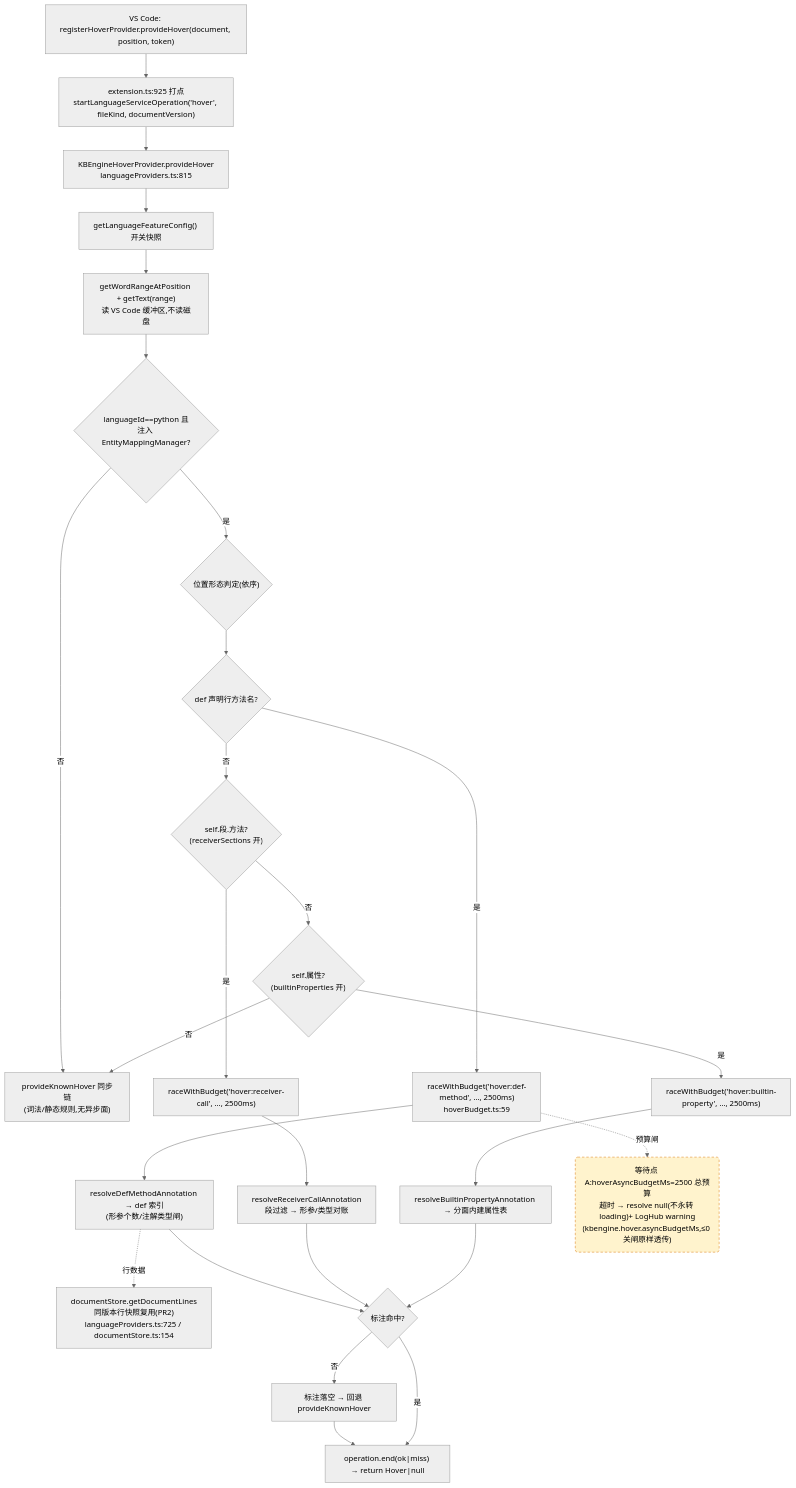
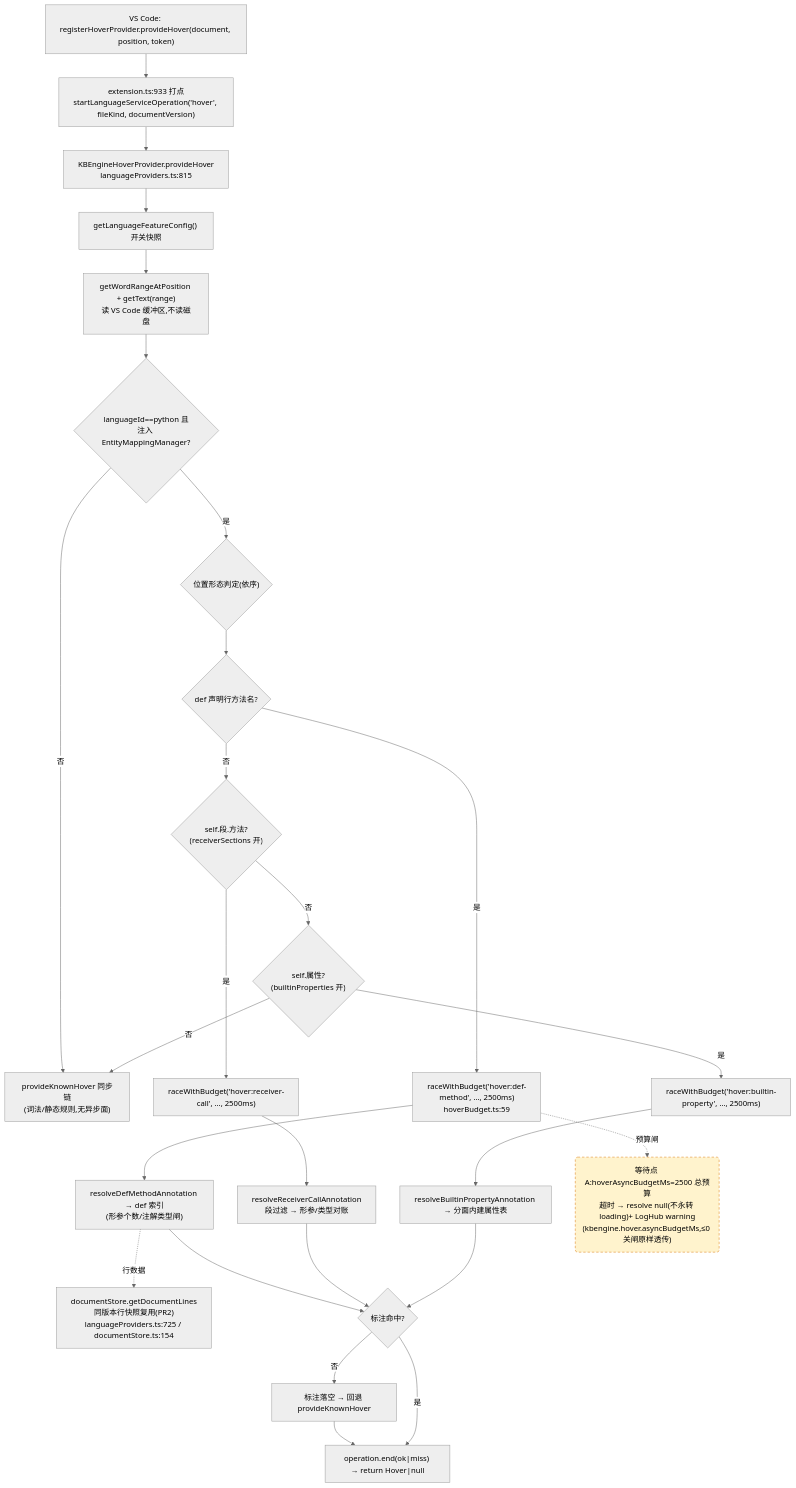
Before and after one commit to cuihairu/kode: the first of 4 diagrams in docs/perf/2026-baseline.md, drawn with Mermaid (neutral theme). The commit also changed other lines of this file and 12 other files, not shown here.

````diff
--- a/docs/perf/2026-baseline.md
+++ b/docs/perf/2026-baseline.md
@@ -82,45 +82,45 @@
 ```mermaid
 flowchart TD
   VC1["VS Code: registerHoverProvider.provideHover(document, position, token)"]
-  M1["extension.ts:925 打点<br/>startLanguageServiceOperation('hover', fileKind, documentVersion)"]
+  M1["extension.ts:933 打点<br/>startLanguageServiceOperation('hover', fileKind, documentVersion)"]
   HP["KBEngineHoverProvider.provideHover<br/>languageProviders.ts:815"]
   CFG["getLanguageFeatureConfig() 开关快照"]
   WORD["getWordRangeAtPosition + getText(range)<br/>读 VS Code 缓冲区,不读磁盘"]
   BR{"languageId==python 且<br/>注入 EntityMappingManager?"}
   KN["provideKnownHover 同步链<br/>(词法/静态规则,无异步面)"]
   POS{"位置形态判定(依序)"}
   D1{"def 声明行方法名?"}
   D2{"self.段.方法?<br/>(receiverSections 开)"}
   D3{"self.属性?<br/>(builtinProperties 开)"}
   RA1["raceWithBudget('hover:def-method', …, 2500ms)<br/>hoverBudget.ts:59"]
   RA2["raceWithBudget('hover:receiver-call', …, 2500ms)"]
   RA3["raceWithBudget('hover:builtin-property', …, 2500ms)"]
   RS1["resolveDefMethodAnnotation → def 索引<br/>(形参个数/注解类型闸)"]
   RS2["resolveReceiverCallAnnotation<br/>段过滤 → 形参/类型对账"]
   RS3["resolveBuiltinPropertyAnnotation → 分面内建属性表"]
   LINES["documentStore.getDocumentLines<br/>同版本行快照复用(PR2)<br/>languageProviders.ts:725 / documentStore.ts:154"]
   MISS["标注落空 → 回退 provideKnownHover"]
   END1["operation.end(ok|miss) → return Hover|null"]
 
   VC1 --> M1 --> HP --> CFG --> WORD --> BR
   BR -- "否" --> KN
   BR -- "是" --> POS --> D1
   D1 -- "是" --> RA1 --> RS1
   D1 -- "否" --> D2
   D2 -- "是" --> RA2 --> RS2
   D2 -- "否" --> D3
   D3 -- "是" --> RA3 --> RS3
   D3 -- "否" --> KN
   RS1 --> HIT{"标注命中?"}
   RS2 --> HIT
   RS3 --> HIT
   RS1 -.->|行数据| LINES
   HIT -- "否" --> MISS --> END1
   HIT -- "是" --> END1
 
   WAITA("等待点 A:hoverAsyncBudgetMs=2500 总预算<br/>超时 → resolve null(不永转 loading)+ LogHub warning<br/>(kbengine.hover.asyncBudgetMs,≤0 关闸原样透传)")
   RA1 -.->|预算闸| WAITA
 
   classDef waitPoint fill:#fff3cd,stroke:#d97706,stroke-dasharray:5 4;
   class WAITA waitPoint;
 ```
````
